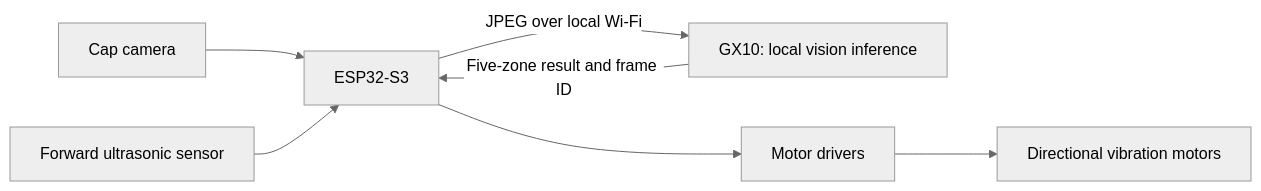
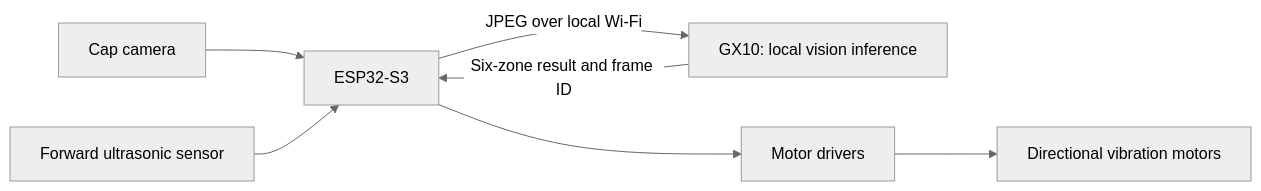
Before and after one commit to hjo3-cse40/RAGging-Canes: the diagram in README.md, drawn with Mermaid (neutral theme). The commit also changed other lines of this file and 10 other files, not shown here.

Commit message:
Add six-zone YOLO backend, receiver, and model comparison tests

````diff
--- a/README.md
+++ b/README.md
@@ -27,9 +31,9 @@
 ```mermaid
 flowchart LR
     Camera[Cap camera] --> ESP32[ESP32-S3]
     ESP32 -->|JPEG over local Wi-Fi| GX10[GX10: local vision inference]
-    GX10 -->|Five-zone result and frame ID| ESP32
+    GX10 -->|Six-zone result and frame ID| ESP32
     Ultrasonic[Forward ultrasonic sensor] --> ESP32
     ESP32 --> Drivers[Motor drivers]
     Drivers --> Motors[Directional vibration motors]
 ```
````
